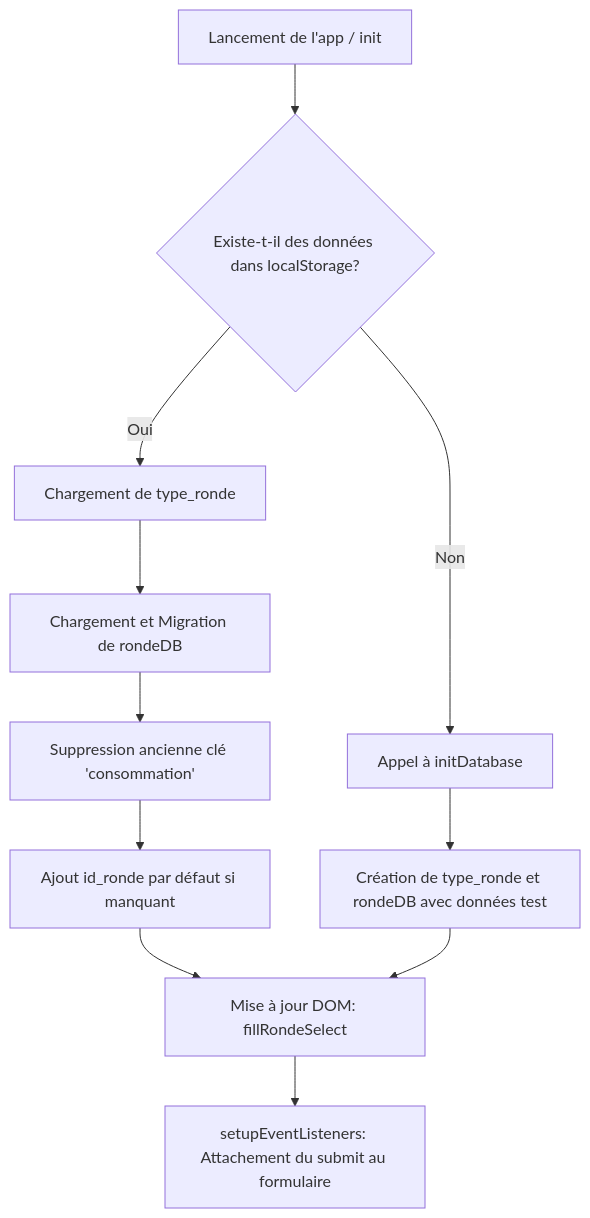
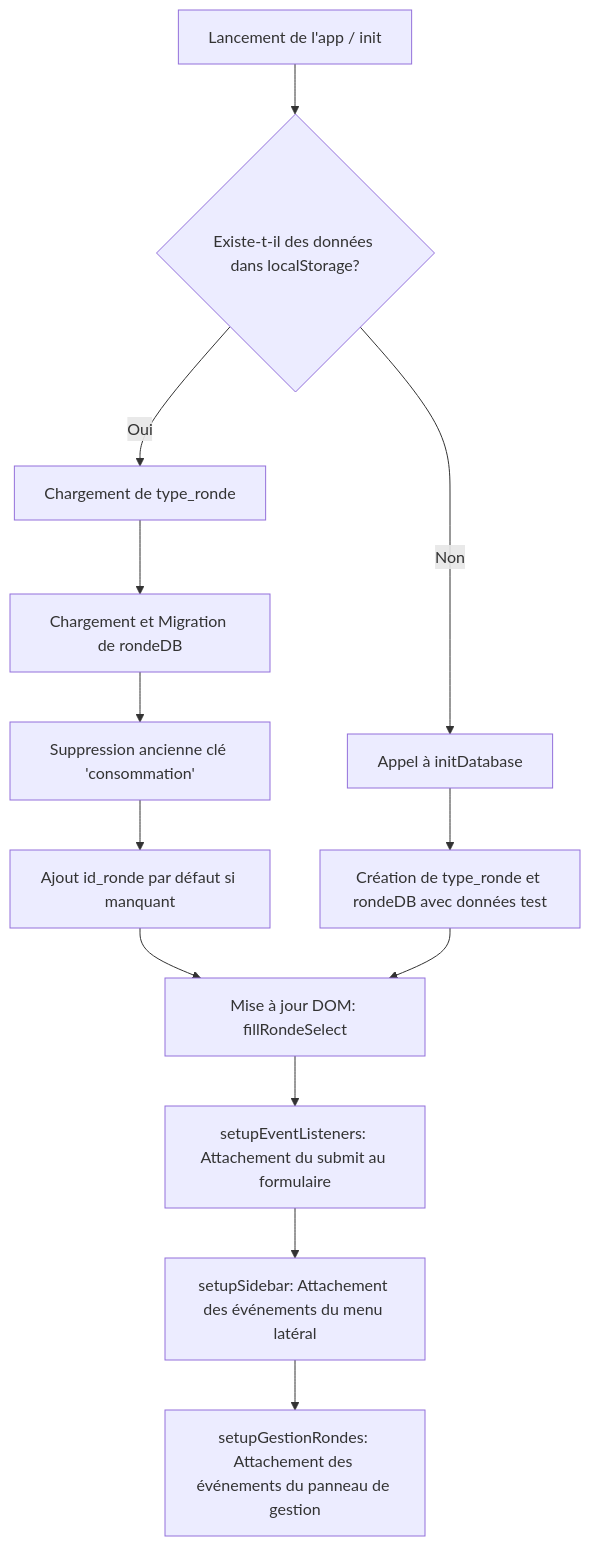
Before and after one commit to ngbatigh/rondes-root: the first of 4 diagrams in documentation.md, drawn with Mermaid. The commit also changed other lines of this file and 6 other files, not shown here.

````diff
--- a/documentation.md
+++ b/documentation.md
@@ -11,13 +11,15 @@
 ```mermaid
 graph TD
     A[Lancement de l'app / init] --> B{Existe-t-il des données dans localStorage?}
     B -->|Oui| C[Chargement de type_ronde]
     C --> D[Chargement et Migration de rondeDB]
     D --> E[Suppression ancienne clé 'consommation']
     E --> F[Ajout id_ronde par défaut si manquant]
     B -->|Non| G[Appel à initDatabase]
     G --> H[Création de type_ronde et rondeDB avec données test]
     F --> I[Mise à jour DOM: fillRondeSelect]
     H --> I
     I --> J[setupEventListeners: Attachement du submit au formulaire]
+    J --> K[setupSidebar: Attachement des événements du menu latéral]
+    K --> L[setupGestionRondes: Attachement des événements du panneau de gestion]
 ```
````
